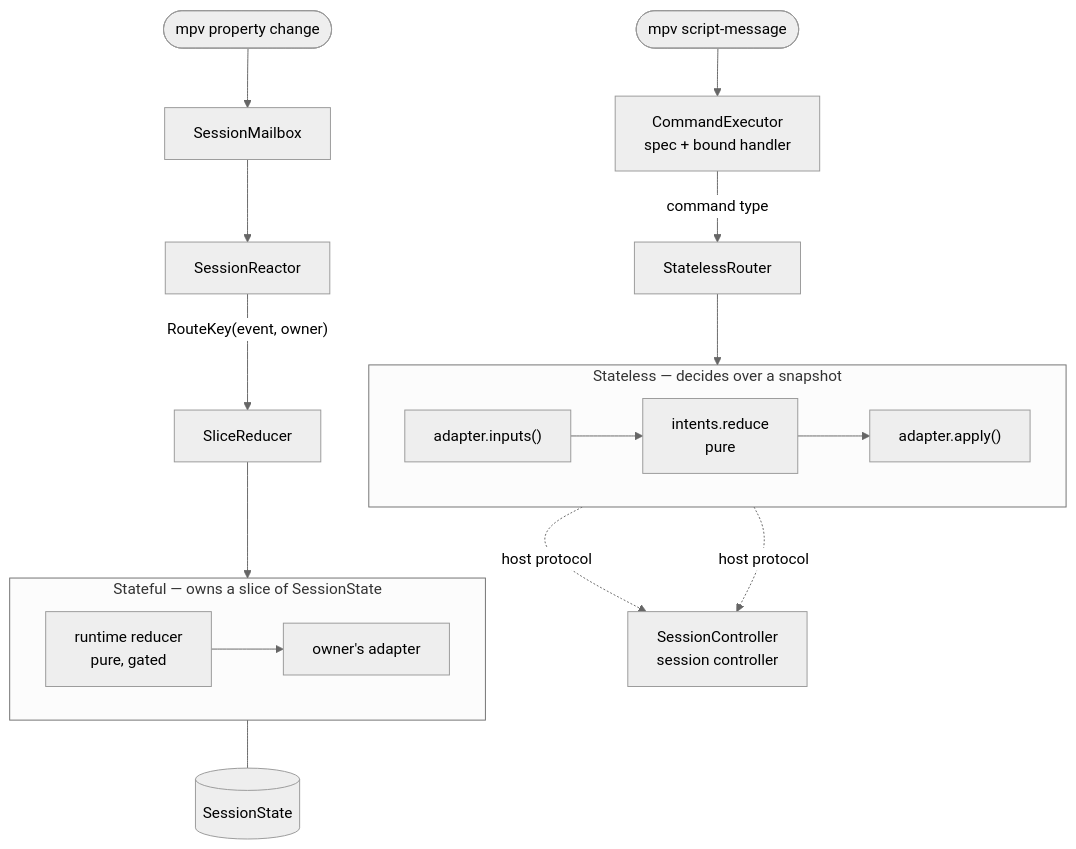
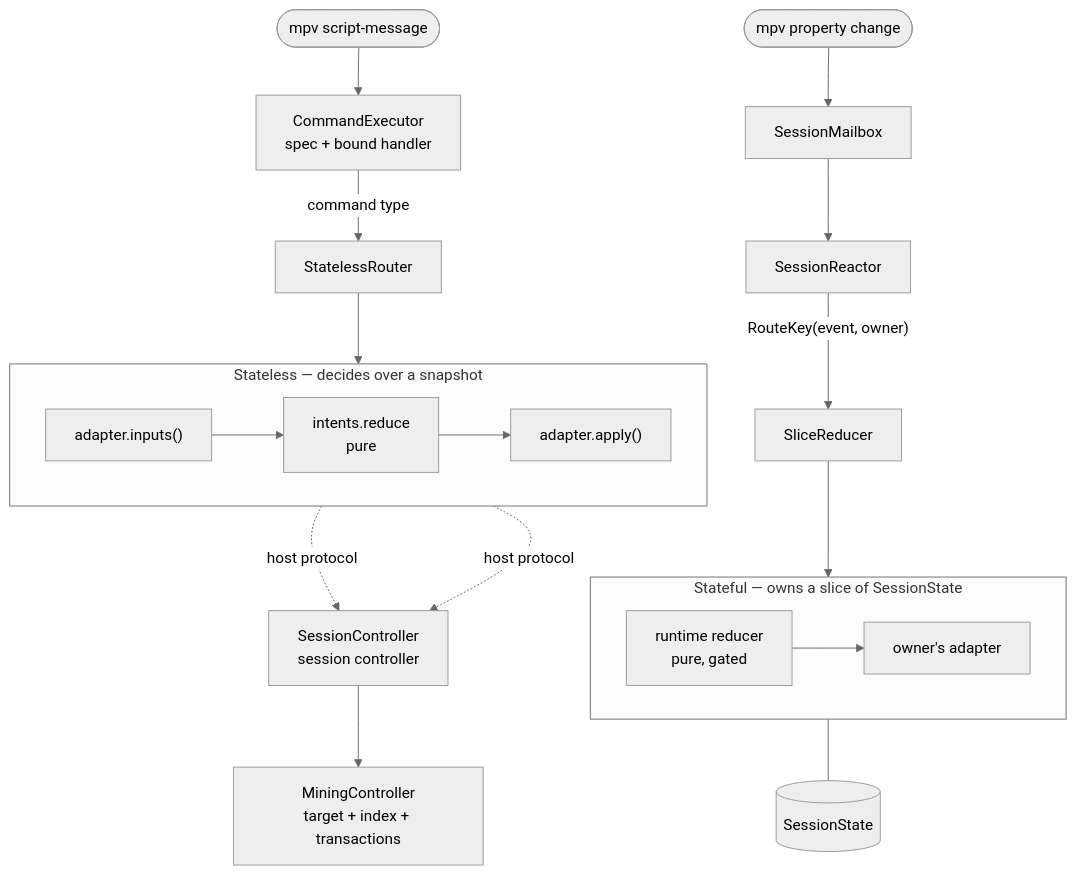
The diagram in ARCHITECTURE.md (serjflint/saitenka), drawn with Mermaid (neutral theme) before and after one commit. The commit also changed other lines of this file and 5 other files, not shown here.

````diff
--- a/ARCHITECTURE.md
+++ b/ARCHITECTURE.md
@@ -124,25 +126,26 @@
 ```mermaid
 flowchart TB
     key(["mpv script-message"]) --> exec["CommandExecutor<br/>spec + bound handler"]
     exec -->|command type| srouter["StatelessRouter"]
     obs(["mpv property change"]) --> mailbox["SessionMailbox"]
     mailbox --> reactor["SessionReactor"]
     reactor -->|"RouteKey(event, owner)"| slice["SliceReducer"]
 
     subgraph L1["Stateless — decides over a snapshot"]
         direction LR
         gather["adapter.inputs()"] --> policy["intents.reduce<br/>pure"]
         policy --> perform["adapter.apply()"]
     end
 
     subgraph L2["Stateful — owns a slice of SessionState"]
         direction LR
         reduce["runtime reducer<br/>pure, gated"] --> owner["owner's adapter"]
     end
 
     srouter --> L1
     slice --> L2
     gather -. "host protocol" .-> host["SessionController<br/>session controller"]
     perform -. "host protocol" .-> host
+    host --> mining["MiningController<br/>target + index + transactions"]
     reduce --- state[(SessionState)]
 ```
````
